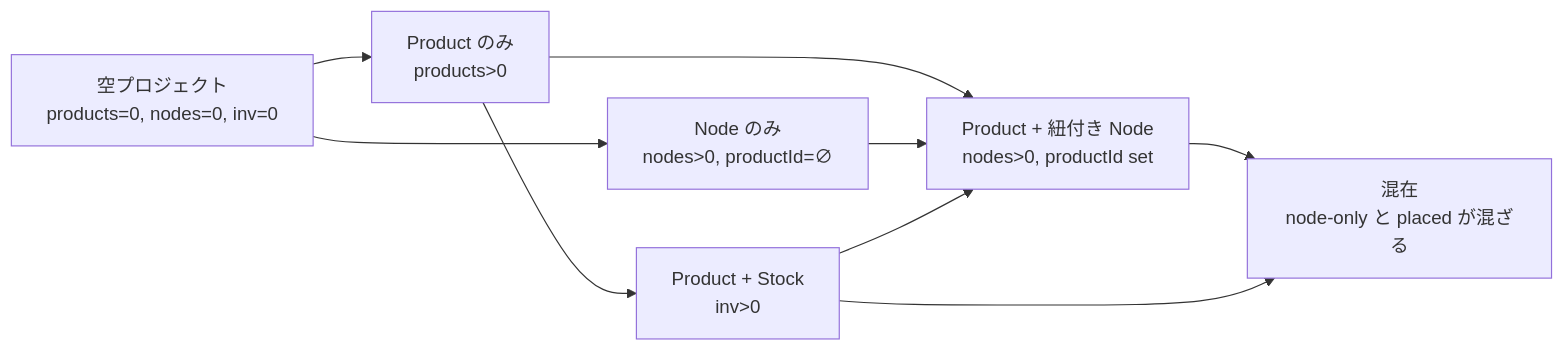
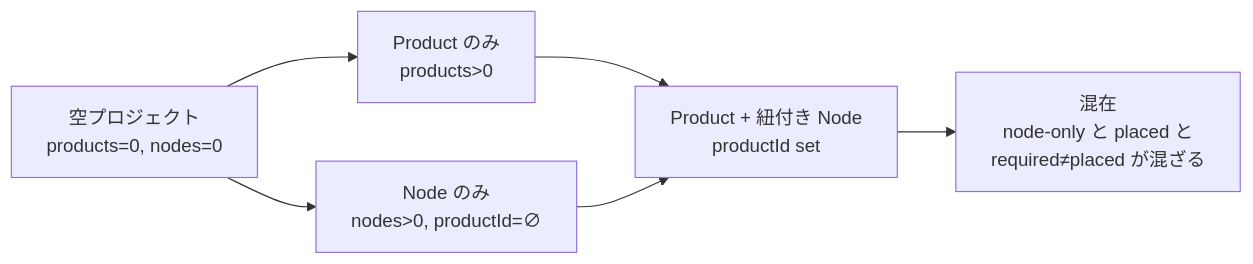
One commit to konoe-akitoshi/shumoku changed the first of 5 diagrams in apps/editor/docs/materials-flow.md. Above: the diagram before and after it, drawn with Mermaid. The commit also changed other lines of this file, not shown here.

First line of the commit message:
docs(editor): rewrite materials-flow around Required model

````diff
--- a/apps/editor/docs/materials-flow.md
+++ b/apps/editor/docs/materials-flow.md
@@ -40,11 +40,8 @@
 ```mermaid
 flowchart LR
-  Z[空プロジェクト<br/>products=0, nodes=0, inv=0] --> P[Product のみ<br/>products>0]
+  Z[空プロジェクト<br/>products=0, nodes=0] --> P[Product のみ<br/>products>0]
   Z --> N[Node のみ<br/>nodes>0, productId=∅]
-  P --> PI[Product + Stock<br/>inv>0]
-  P --> PN[Product + 紐付き Node<br/>nodes>0, productId set]
+  P --> PN[Product + 紐付き Node<br/>productId set]
   N --> PN
-  PI --> PN
-  PN --> Mix[混在<br/>node-only と placed が混ざる]
-  PI --> Mix
+  PN --> Mix[混在<br/>node-only と placed と<br/>required≠placed が混ざる]
 ```
````
